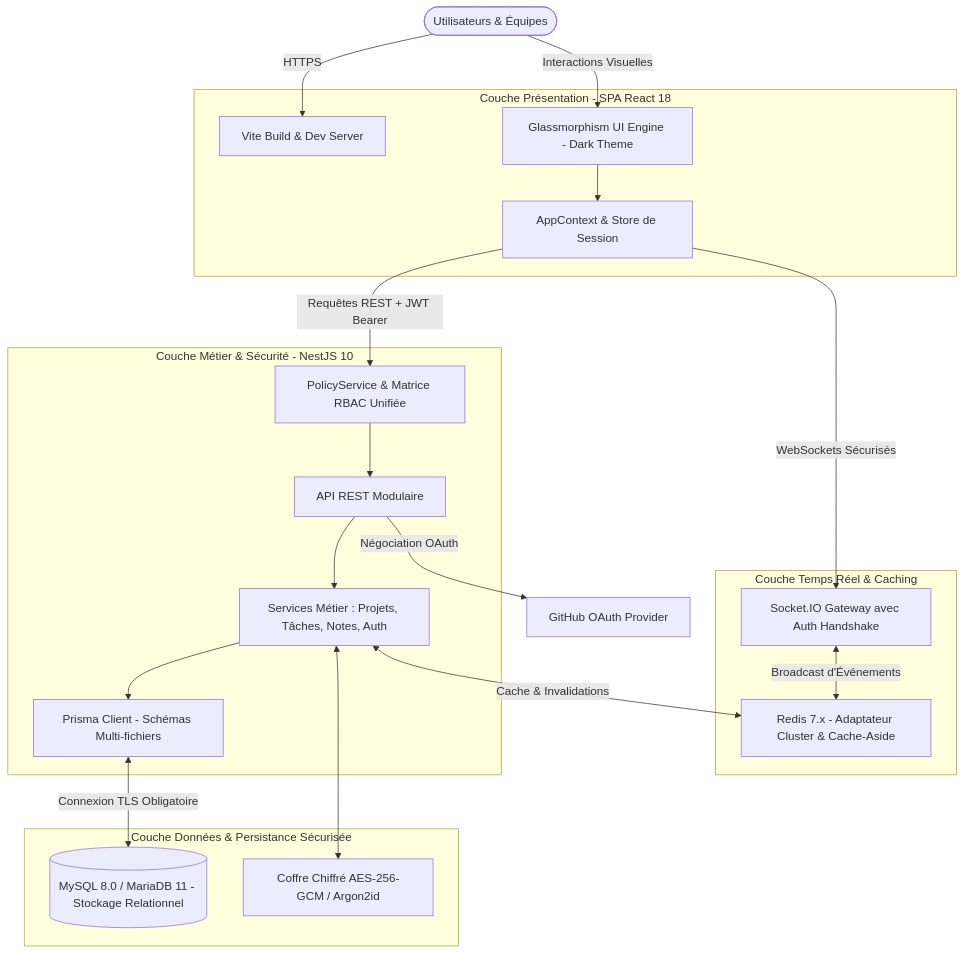
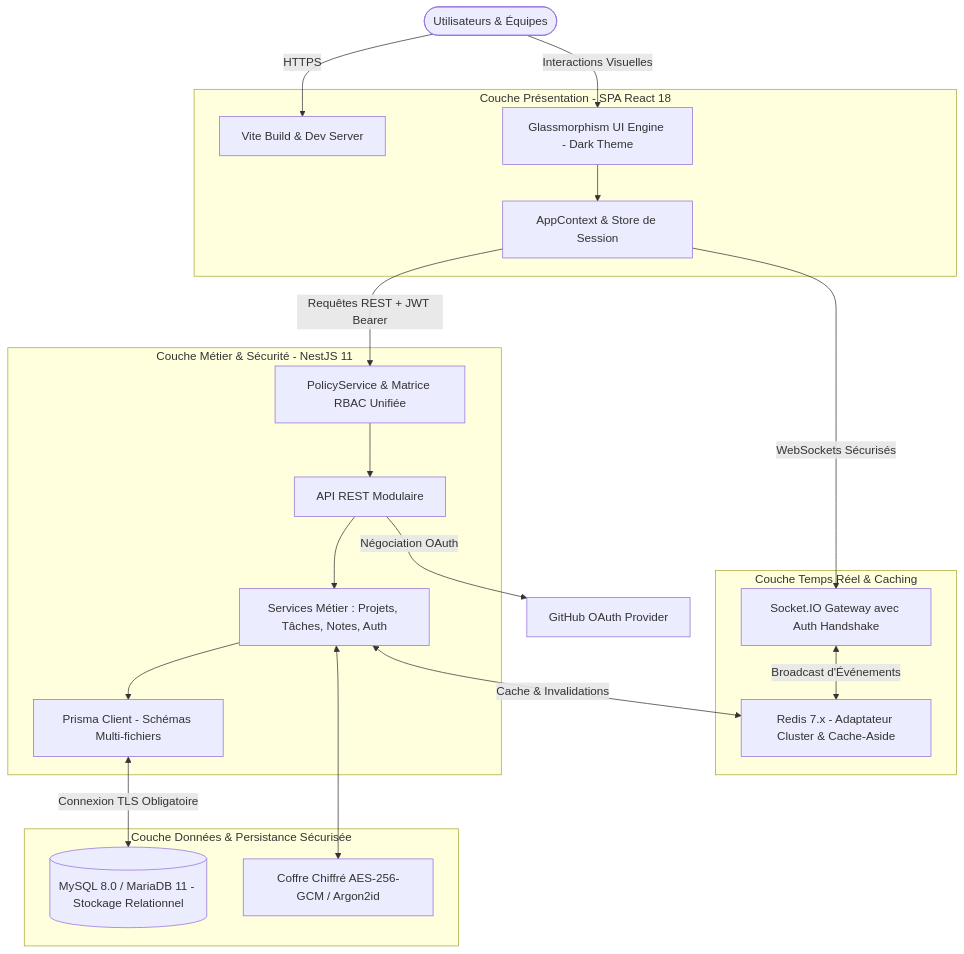
Before and after one commit to Gaetan5/planner-pro: the diagram in README.md, drawn with Mermaid. The commit also changed other lines of this file and 2 other files, not shown here.

Commit message:
docs: README et dossier d'architecture en NestJS 11 et Node 22, note sur jest-esm-transform (A9-b4)

````diff
--- a/README.md
+++ b/README.md
@@ -84,44 +84,44 @@
 ```mermaid
 graph TD
     User([Utilisateurs & Équipes])
     GitHub[GitHub OAuth Provider]
 
     subgraph PresentationLayer [Couche Présentation - SPA React 18]
         Vite[Vite Build & Dev Server]
         UI[Glassmorphism UI Engine - Dark Theme]
         Context[AppContext & Store de Session]
     end
 
     subgraph RealtimeLayer [Couche Temps Réel & Caching]
         WSHub[Socket.IO Gateway avec Auth Handshake]
         RedisPubSub[Redis 7.x - Adaptateur Cluster & Cache-Aside]
     end
 
-    subgraph BackendLayer [Couche Métier & Sécurité - NestJS 10]
+    subgraph BackendLayer [Couche Métier & Sécurité - NestJS 11]
         PolicyGuard[PolicyService & Matrice RBAC Unifiée]
         Controllers[API REST Modulaire]
         CoreServices[Services Métier : Projets, Tâches, Notes, Auth]
         PrismaORM[Prisma Client - Schémas Multi-fichiers]
     end
 
     subgraph DataLayer [Couche Données & Persistance Sécurisée]
         MySQL[(MySQL 8.0 / MariaDB 11 - Stockage Relationnel)]
         EncryptedVault[Coffre Chiffré AES-256-GCM / Argon2id]
     end
 
     User -->|HTTPS| Vite
     User -->|Interactions Visuelles| UI
     UI --> Context
     Context -->|Requêtes REST + JWT Bearer| PolicyGuard
     Context -->|WebSockets Sécurisés| WSHub
 
     PolicyGuard --> Controllers
     Controllers --> CoreServices
     CoreServices --> PrismaORM
     CoreServices <-->|Cache & Invalidations| RedisPubSub
     WSHub <-->|Broadcast d'Événements| RedisPubSub
 
     PrismaORM <-->|Connexion TLS Obligatoire| MySQL
     CoreServices <--> EncryptedVault
     Controllers -->|Négociation OAuth| GitHub
 ```
````
